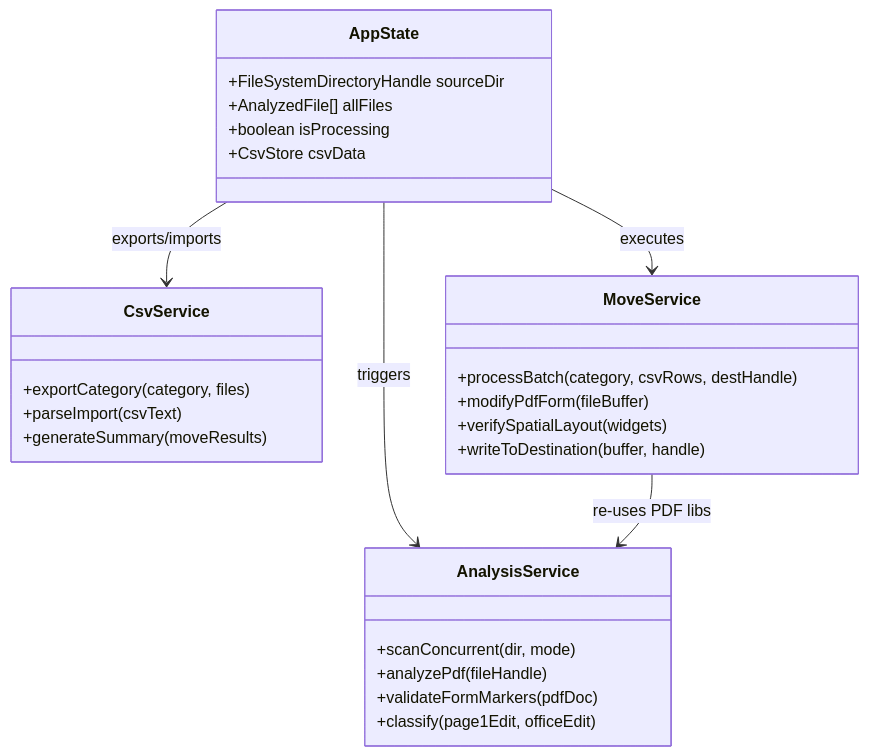
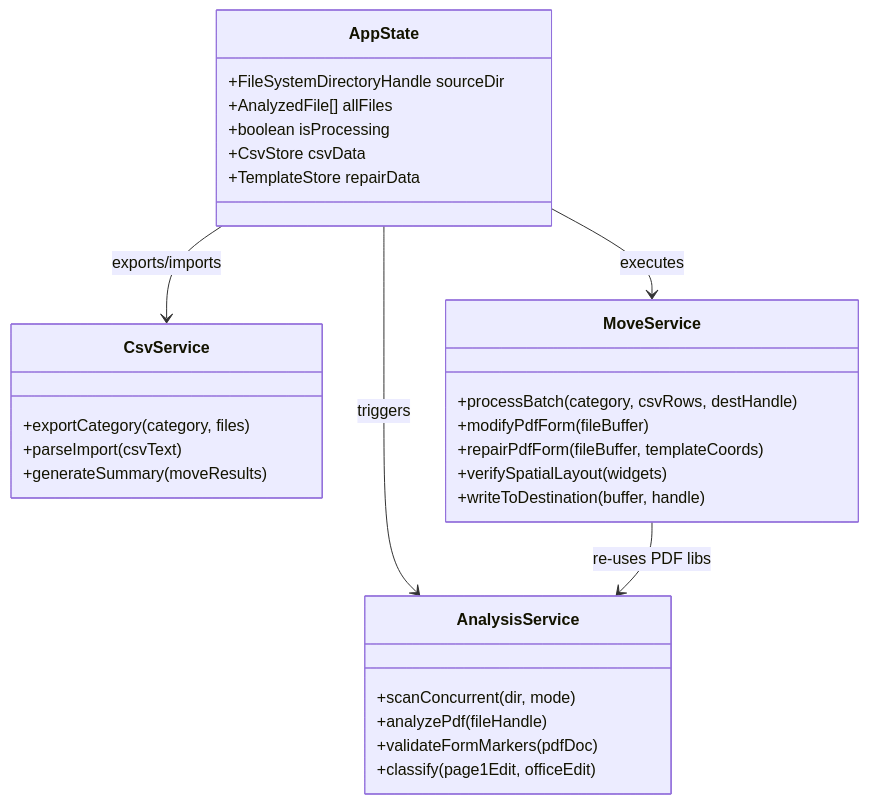
Before and after one commit to kerry-davis/form-name-matcher: the second of 3 diagrams in DATA_MODEL.md, drawn with Mermaid. The commit also changed other lines of this file, not shown here.

Commit message:
Update DATA_MODEL.md with Repair Mode, Tabbed Logs, and Visited State specs

````diff
--- a/DATA_MODEL.md
+++ b/DATA_MODEL.md
@@ -100,34 +106,36 @@
 ```mermaid
 classDiagram
   class AppState {
     +FileSystemDirectoryHandle sourceDir
     +AnalyzedFile[] allFiles
     +boolean isProcessing
     +CsvStore csvData
+    +TemplateStore repairData
   }
 
   class AnalysisService {
     +scanConcurrent(dir, mode)
     +analyzePdf(fileHandle)
     +validateFormMarkers(pdfDoc)
     +classify(page1Edit, officeEdit)
   }
 
   class CsvService {
     +exportCategory(category, files)
     +parseImport(csvText)
     +generateSummary(moveResults)
   }
 
   class MoveService {
     +processBatch(category, csvRows, destHandle)
     +modifyPdfForm(fileBuffer)
+    +repairPdfForm(fileBuffer, templateCoords)
     +verifySpatialLayout(widgets)
     +writeToDestination(buffer, handle)
   }
 
   AppState --> AnalysisService : triggers
   AppState --> CsvService : exports/imports
   AppState --> MoveService : executes
   MoveService --> AnalysisService : re-uses PDF libs
 ```
````
